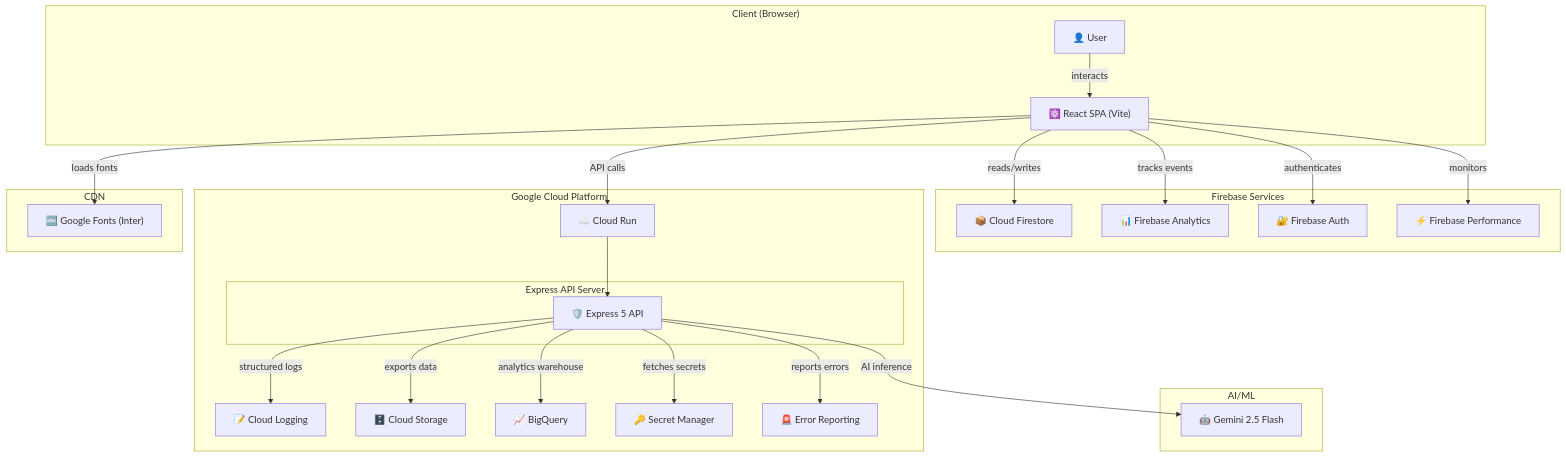
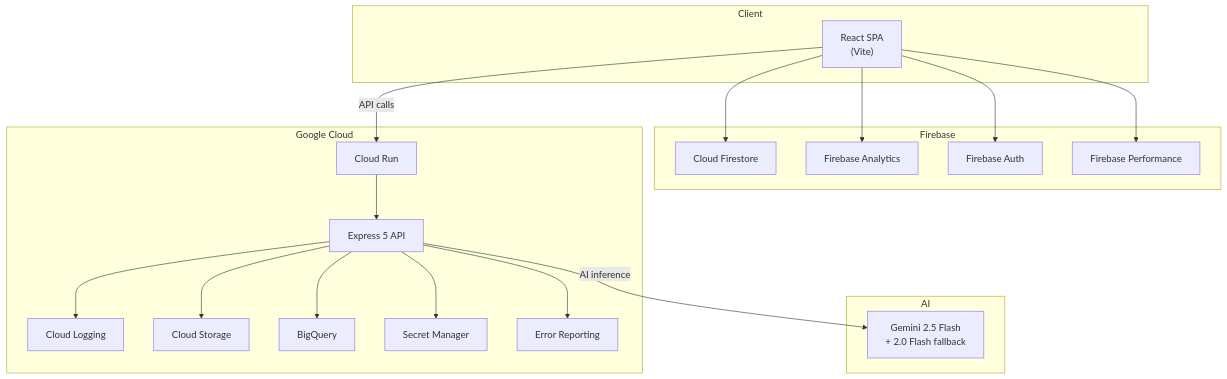
The diagram in README.md (Hmpunith/CarbonWise), drawn with Mermaid before and after one commit. The commit also changed other lines of this file, not shown here.

Commit message:
docs: polished README with live demo, architecture, test breakdown

````diff
--- a/README.md
+++ b/README.md
@@ -15,52 +26,40 @@
 ```mermaid
 graph TB
-    subgraph "Client (Browser)"
-        User["👤 User"]
-        SPA["⚛️ React SPA (Vite)"]
+    subgraph Client
+        SPA["React SPA<br/>(Vite)"]
     end
 
-    subgraph "Firebase Services"
-        Firestore["📦 Cloud Firestore"]
-        Analytics["📊 Firebase Analytics"]
-        Auth["🔐 Firebase Auth"]
-        Perf["⚡ Firebase Performance"]
+    subgraph Firebase
+        Firestore["Cloud Firestore"]
+        Analytics["Firebase Analytics"]
+        Auth["Firebase Auth"]
+        Perf["Firebase Performance"]
     end
 
-    subgraph "Google Cloud Platform"
-        CloudRun["☁️ Cloud Run"]
-
-        subgraph "Express API Server"
-            API["🛡️ Express 5 API"]
-        end
-
-        Logging["📝 Cloud Logging"]
-        GCS["🗄️ Cloud Storage"]
-        BQ["📈 BigQuery"]
-        SecretMgr["🔑 Secret Manager"]
-        ErrorRpt["🚨 Error Reporting"]
+    subgraph Google Cloud
+        CloudRun["Cloud Run"]
+        API["Express 5 API"]
+        Logging["Cloud Logging"]
+        GCS["Cloud Storage"]
+        BQ["BigQuery"]
+        SecretMgr["Secret Manager"]
+        ErrorRpt["Error Reporting"]
     end
 
-    subgraph "AI/ML"
-        Gemini["🤖 Gemini 2.5 Flash"]
+    subgraph AI
+        Gemini["Gemini 2.5 Flash<br/>+ 2.0 Flash fallback"]
     end
 
-    subgraph "CDN"
-        Fonts["🔤 Google Fonts (Inter)"]
-    end
-
-    User -->|interacts| SPA
-    SPA -->|reads/writes| Firestore
-    SPA -->|tracks events| Analytics
-    SPA -->|authenticates| Auth
-    SPA -->|monitors| Perf
-    SPA -->|loads fonts| Fonts
+    SPA --> Firestore
+    SPA --> Analytics
+    SPA --> Auth
+    SPA --> Perf
     SPA -->|API calls| CloudRun
-
     CloudRun --> API
-    API -->|structured logs| Logging
-    API -->|exports data| GCS
-    API -->|analytics warehouse| BQ
-    API -->|fetches secrets| SecretMgr
-    API -->|reports errors| ErrorRpt
+    API --> Logging
+    API --> GCS
+    API --> BQ
+    API --> SecretMgr
+    API --> ErrorRpt
     API -->|AI inference| Gemini
 ```
````
